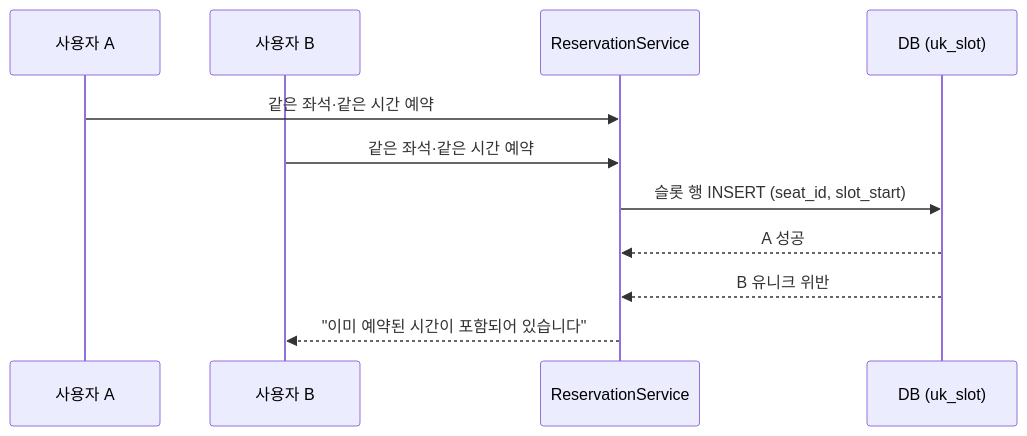
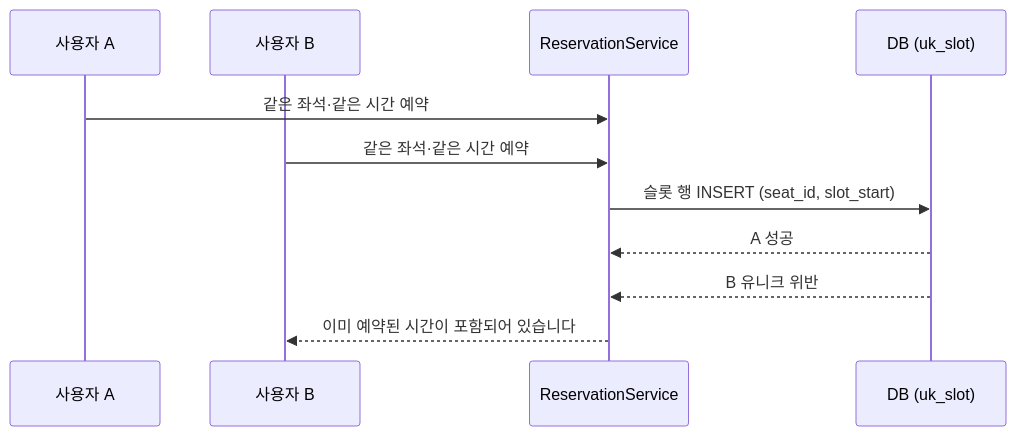
The first of 3 diagrams in README.md (j75390/studyseat), drawn with Mermaid before and after one commit. The commit also changed other lines of this file, not shown here.

````diff
--- a/README.md
+++ b/README.md
@@ -108,13 +52,13 @@
 ```mermaid
 sequenceDiagram
     participant A as 사용자 A
     participant B as 사용자 B
     participant S as ReservationService
     participant DB as DB (uk_slot)
     A->>S: 같은 좌석·같은 시간 예약
     B->>S: 같은 좌석·같은 시간 예약
     S->>DB: 슬롯 행 INSERT (seat_id, slot_start)
     DB-->>S: A 성공
     DB-->>S: B 유니크 위반
-    S-->>B: "이미 예약된 시간이 포함되어 있습니다"
+    S-->>B: 이미 예약된 시간이 포함되어 있습니다
 ```
````
